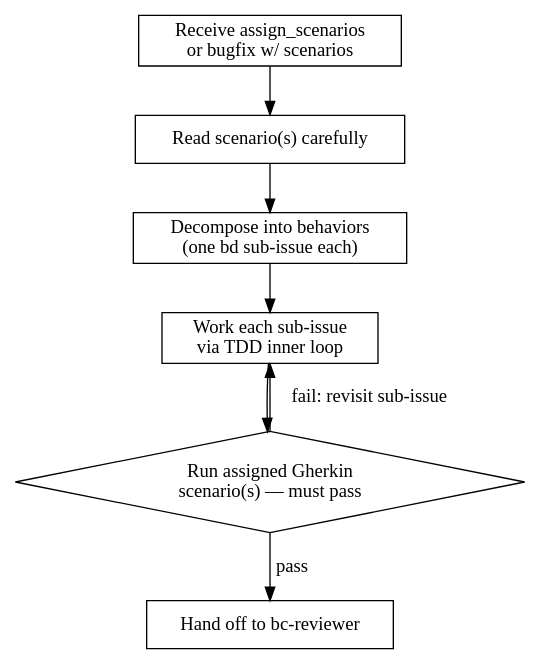
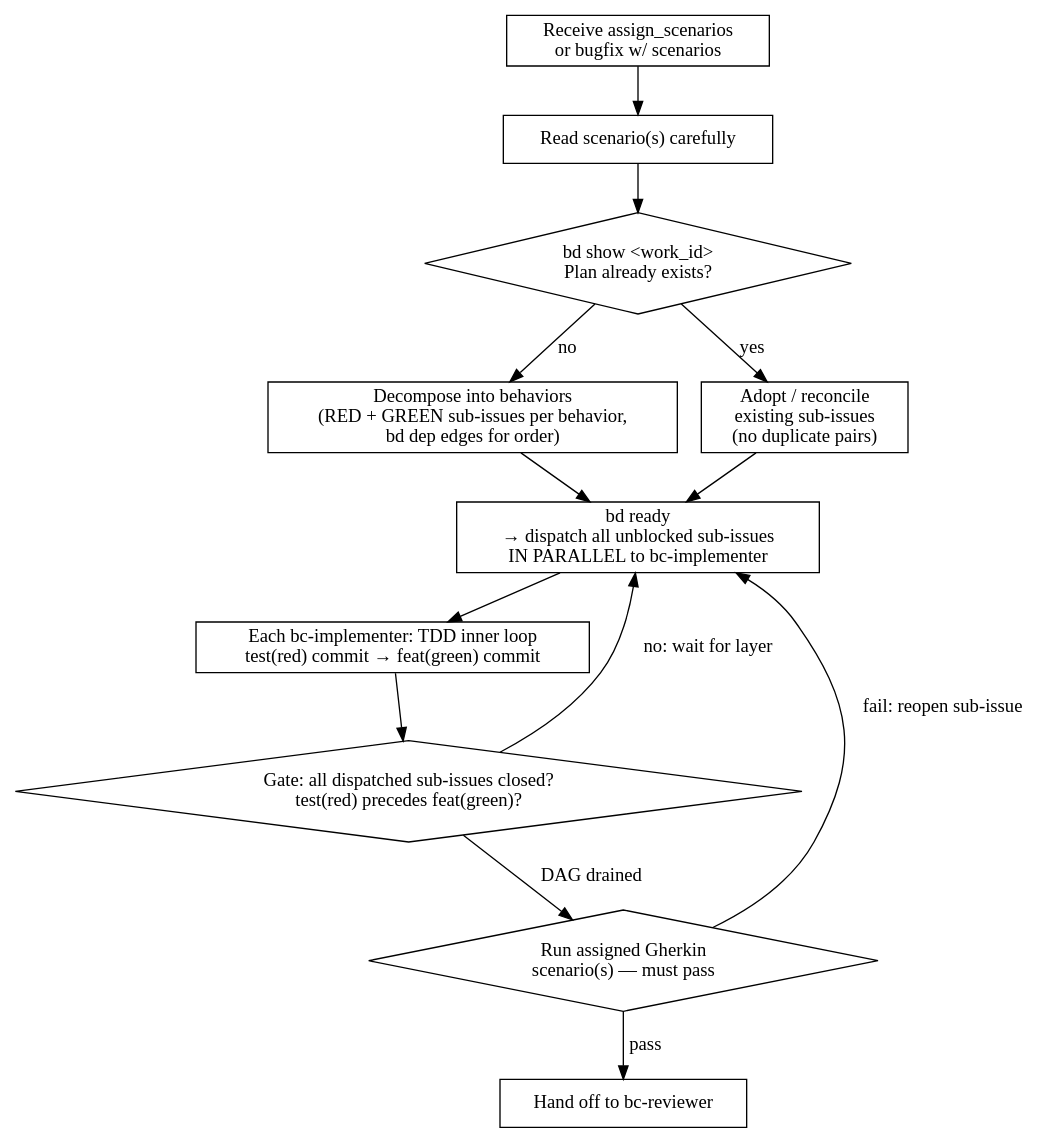
The diagram in .claude/skills/writing-plans-bdd/SKILL.md (dstengle/shopsystem-scenarios), drawn with Graphviz before and after one commit. The commit also changed other lines of this file and 8 other files, not shown here.

First line of the commit message:
refactor(skills): RED/GREEN sub-issue model + idempotent BDD planning

````diff
--- a/.claude/skills/writing-plans-bdd/SKILL.md
+++ b/.claude/skills/writing-plans-bdd/SKILL.md
@@ -55,15 +139,26 @@
 ```dot
 digraph bdd_plan {
     rankdir=TB;
-    assign [label="Receive assign_scenarios\nor bugfix w/ scenarios", shape=box];
-    read   [label="Read scenario(s) carefully", shape=box];
-    decomp [label="Decompose into behaviors\n(one bd sub-issue each)", shape=box];
-    loop   [label="Work each sub-issue\nvia TDD inner loop", shape=box];
-    outer  [label="Run assigned Gherkin\nscenario(s) — must pass", shape=diamond];
-    gate   [label="Hand off to bc-reviewer", shape=box];
+    assign  [label="Receive assign_scenarios\nor bugfix w/ scenarios", shape=box];
+    read    [label="Read scenario(s) carefully", shape=box];
+    existing [label="bd show <work_id>\nPlan already exists?", shape=diamond];
+    decomp  [label="Decompose into behaviors\n(RED + GREEN sub-issues per behavior,\nbd dep edges for order)", shape=box];
+    adopt   [label="Adopt / reconcile\nexisting sub-issues\n(no duplicate pairs)", shape=box];
+    ready   [label="bd ready\n→ dispatch all unblocked sub-issues\nIN PARALLEL to bc-implementer", shape=box];
+    loop    [label="Each bc-implementer: TDD inner loop\ntest(red) commit → feat(green) commit", shape=box];
+    gate    [label="Gate: all dispatched sub-issues closed?\ntest(red) precedes feat(green)?", shape=diamond];
+    outer   [label="Run assigned Gherkin\nscenario(s) — must pass", shape=diamond];
+    review  [label="Hand off to bc-reviewer", shape=box];
 
-    assign -> read -> decomp -> loop -> outer;
-    outer  -> gate [label="pass"];
-    outer  -> loop [label="fail: revisit sub-issue"];
+    assign -> read -> existing;
+    existing -> decomp [label="no"];
+    existing -> adopt  [label="yes"];
+    decomp -> ready;
+    adopt  -> ready;
+    ready  -> loop -> gate;
+    gate   -> ready  [label="no: wait for layer"];
+    gate   -> outer  [label="DAG drained"];
+    outer  -> review [label="pass"];
+    outer  -> ready  [label="fail: reopen sub-issue"];
 }
 ```
````
